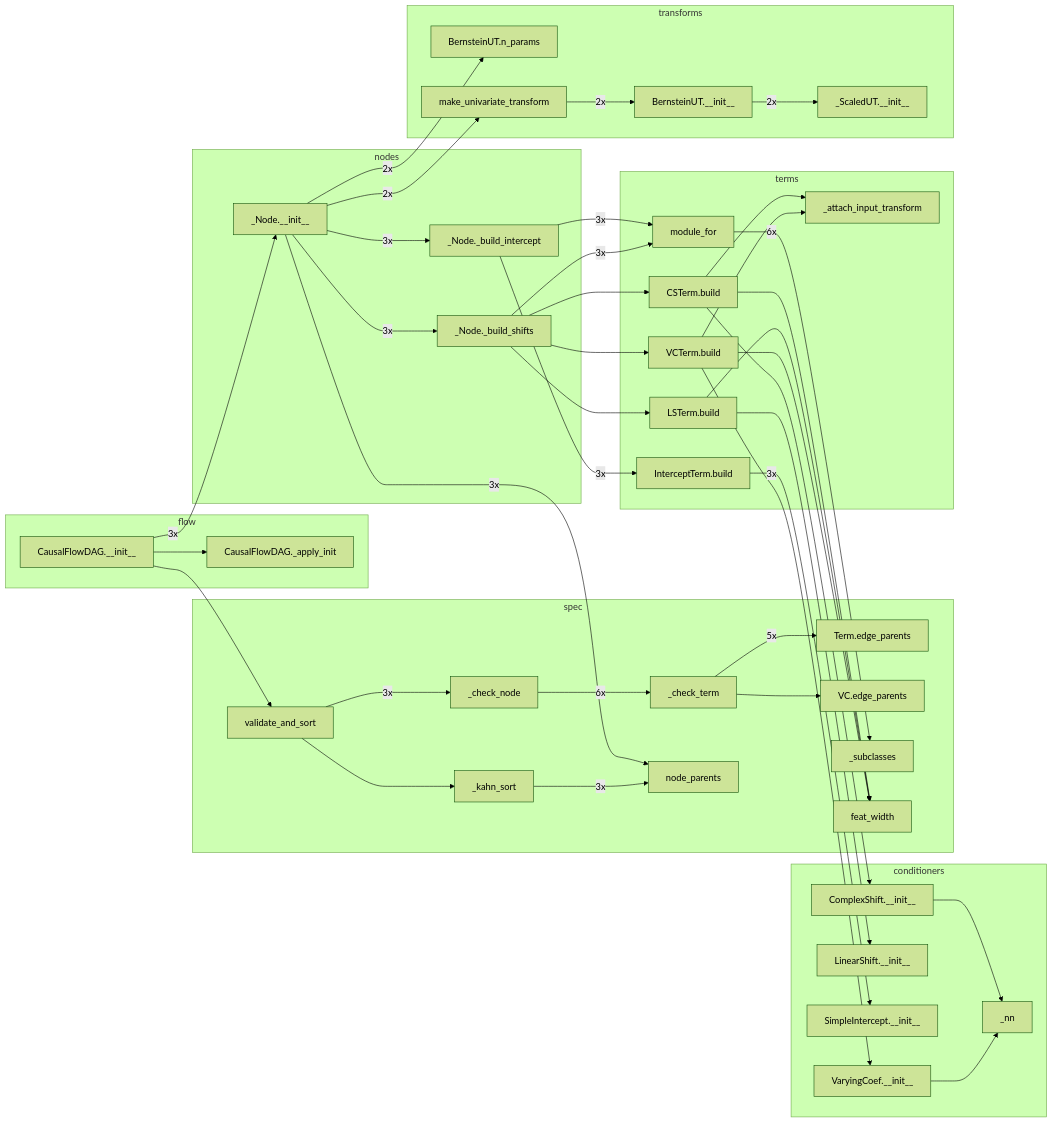
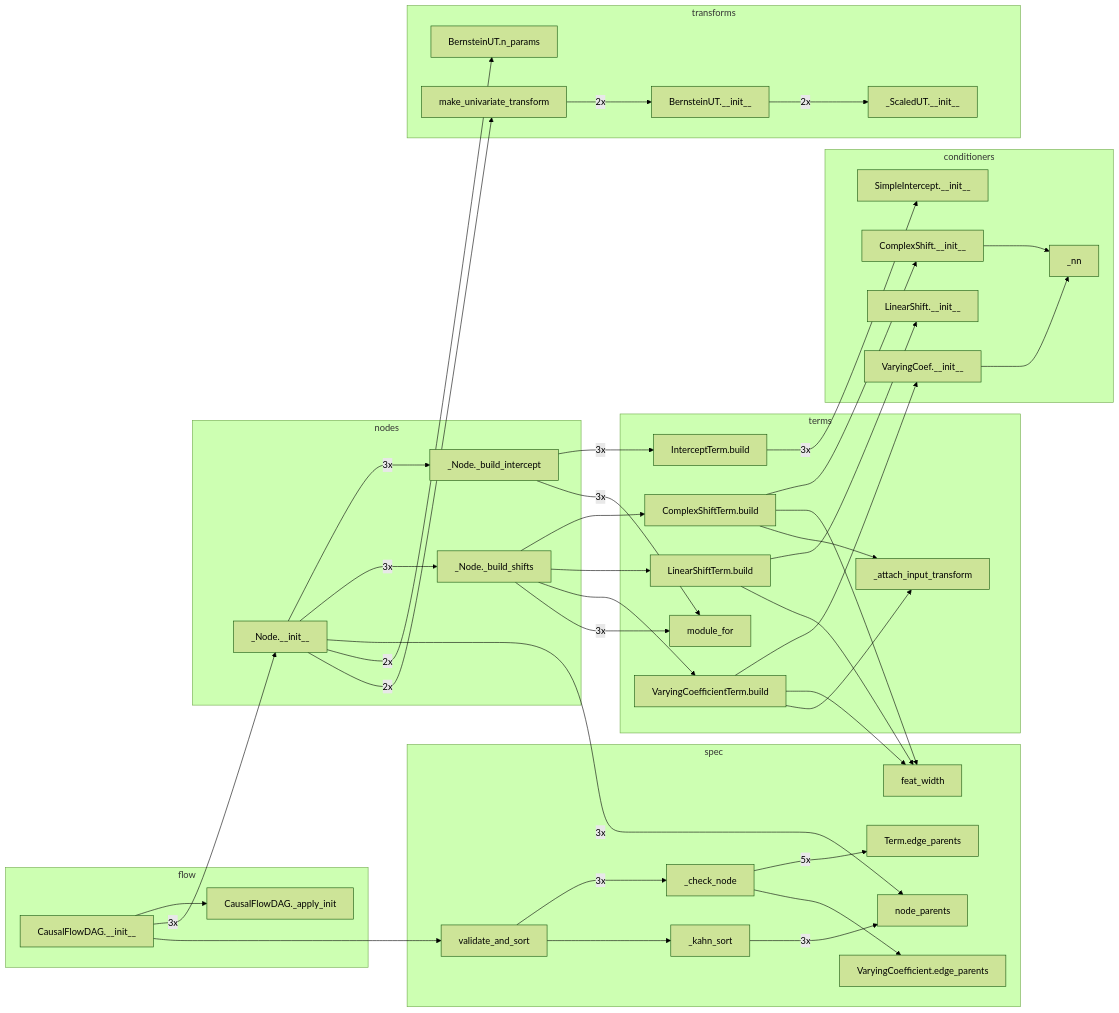
Before and after one commit to tensorchiefs/tramdag: the fifth of 6 diagrams in docs/architecture.md, drawn with Mermaid (forest theme). The commit also changed other lines of this file and 14 other files, not shown here.

````diff
--- a/docs/architecture.md
+++ b/docs/architecture.md
@@ -306,78 +306,74 @@
 ```mermaid
 flowchart LR
   subgraph conditioners
     n0["ComplexShift.__init__"]
-    n25["LinearShift.__init__"]
-    n24["SimpleIntercept.__init__"]
+    n24["LinearShift.__init__"]
+    n23["SimpleIntercept.__init__"]
     n2["VaryingCoef.__init__"]
     n1["_nn"]
   end
   subgraph flow
     n3["CausalFlowDAG.__init__"]
     n4["CausalFlowDAG._apply_init"]
   end
   subgraph nodes
     n5["_Node.__init__"]
     n7["_Node._build_intercept"]
     n8["_Node._build_shifts"]
   end
   subgraph spec
-    n19["Term.edge_parents"]
-    n20["VC.edge_parents"]
+    n18["Term.edge_parents"]
+    n19["VaryingCoefficient.edge_parents"]
     n17["_check_node"]
-    n18["_check_term"]
-    n21["_kahn_sort"]
-    n26["_subclasses"]
-    n22["feat_width"]
+    n20["_kahn_sort"]
+    n21["feat_width"]
     n9["node_parents"]
     n6["validate_and_sort"]
   end
   subgraph terms
-    n14["CSTerm.build"]
+    n14["ComplexShiftTerm.build"]
     n12["InterceptTerm.build"]
-    n15["LSTerm.build"]
-    n16["VCTerm.build"]
-    n23["_attach_input_transform"]
+    n15["LinearShiftTerm.build"]
+    n16["VaryingCoefficientTerm.build"]
+    n22["_attach_input_transform"]
     n13["module_for"]
   end
   subgraph transforms
-    n27["BernsteinUT.__init__"]
+    n25["BernsteinUT.__init__"]
     n10["BernsteinUT.n_params"]
-    n28["_ScaledUT.__init__"]
+    n26["_ScaledUT.__init__"]
     n11["make_univariate_transform"]
   end
     n0 --> n1
     n2 --> n1
     n3 --> n4
     n3 -- "3x" --> n5
     n3 --> n6
     n5 -- "3x" --> n7
     n5 -- "3x" --> n8
     n5 -- "3x" --> n9
     n5 -- "2x" --> n10
     n5 -- "2x" --> n11
     n7 -- "3x" --> n12
     n7 -- "3x" --> n13
     n8 --> n14
     n8 --> n15
     n8 --> n16
     n8 -- "3x" --> n13
-    n17 -- "6x" --> n18
-    n18 -- "5x" --> n19
-    n18 --> n20
-    n21 -- "3x" --> n9
+    n17 -- "5x" --> n18
+    n17 --> n19
+    n20 -- "3x" --> n9
     n6 -- "3x" --> n17
-    n6 --> n21
+    n6 --> n20
     n14 --> n0
+    n14 --> n21
     n14 --> n22
-    n14 --> n23
-    n12 -- "3x" --> n24
-    n15 --> n25
-    n15 --> n22
+    n12 -- "3x" --> n23
+    n15 --> n24
+    n15 --> n21
     n16 --> n2
+    n16 --> n21
     n16 --> n22
-    n16 --> n23
-    n13 -- "6x" --> n26
-    n27 -- "2x" --> n28
-    n11 -- "2x" --> n27
+    n25 -- "2x" --> n26
+    n11 -- "2x" --> n25
 ```
````
